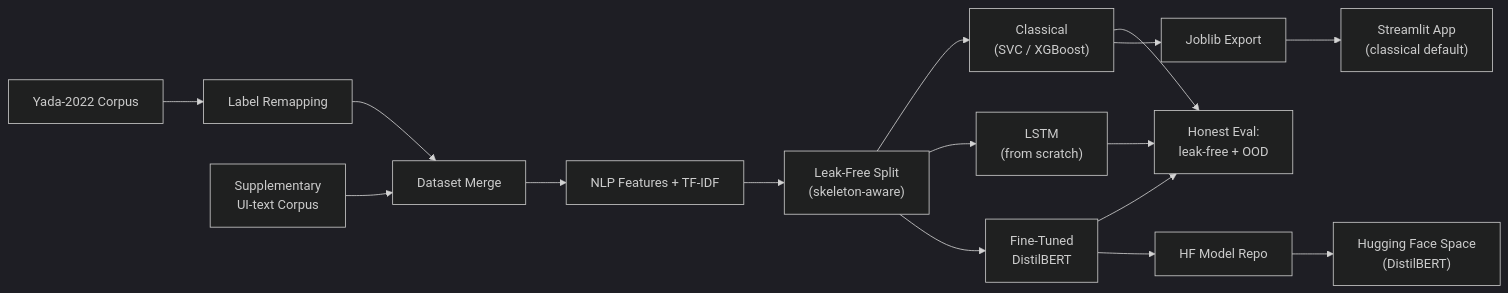
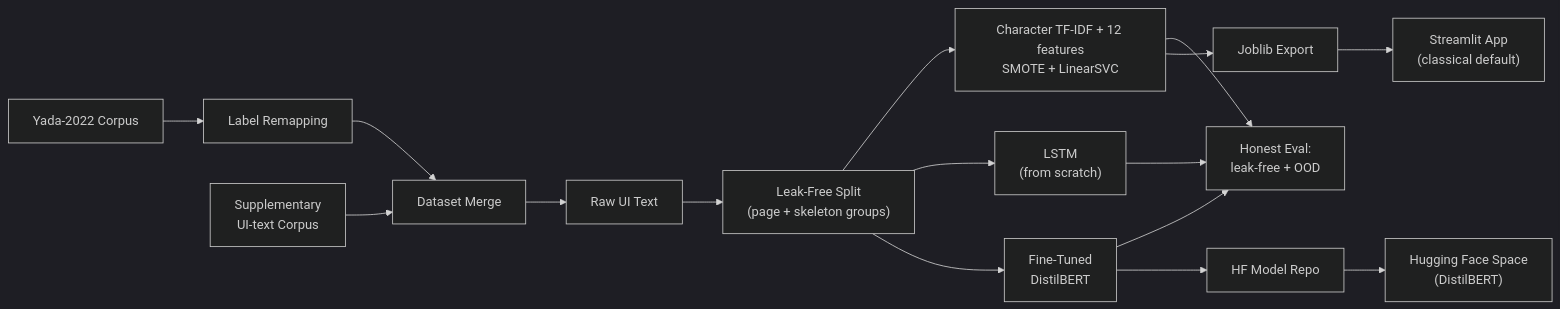
Before and after one commit to goyashek/dark-pattern-detector: the diagram in README.md, drawn with Mermaid (dark theme). The commit also changed other lines of this file and 22 other files, not shown here.

````diff
--- a/README.md
+++ b/README.md
@@ -71,21 +70,21 @@
 ```mermaid
 flowchart LR
 
     A["Yada-2022 Corpus"] --> B["Label Remapping"]
     C["Supplementary<br/>UI-text Corpus"] --> D["Dataset Merge"]
     B --> D
 
-    D --> E["NLP Features + TF-IDF"]
-    E --> F["Leak-Free Split<br/>(skeleton-aware)"]
+    D --> E["Raw UI Text"]
+    E --> F["Leak-Free Split<br/>(page + skeleton groups)"]
 
-    F --> G["Classical<br/>(SVC / XGBoost)"]
+    F --> G["Character TF-IDF + 12 features<br/>SMOTE + LinearSVC"]
     F --> H["LSTM<br/>(from scratch)"]
     F --> I["Fine-Tuned<br/>DistilBERT"]
 
     G --> J["Honest Eval:<br/>leak-free + OOD"]
     H --> J
     I --> J
 
     G --> K["Joblib Export"] --> L["Streamlit App<br/>(classical default)"]
     I --> M["HF Model Repo"] --> N["Hugging Face Space<br/>(DistilBERT)"]
 ```
````
